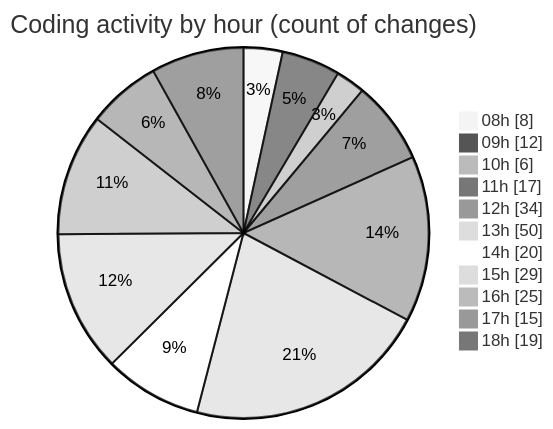
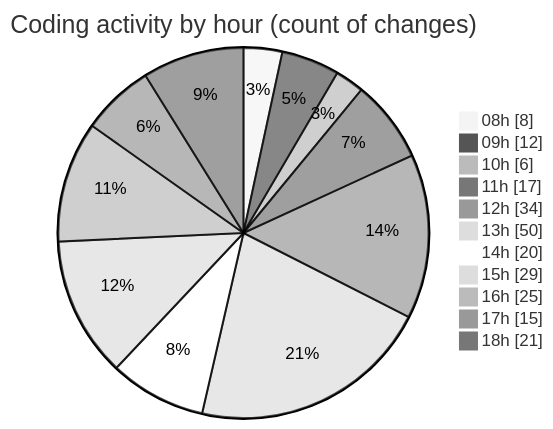
One commit to momahboobian/code-tracking changed the second of 2 diagrams in 2025-09-15/cda/README.md. Above: the diagram before and after it, drawn with Mermaid (neutral theme). The commit also changed other lines of this file and 1 other file, not shown here.

````diff
--- a/2025-09-15/cda/README.md
+++ b/2025-09-15/cda/README.md
@@ -36,15 +36,15 @@
 ```mermaid
 pie showData
 title Coding activity by hour (count of changes)
 "08h" : 8
 "09h" : 12
 "10h" : 6
 "11h" : 17
 "12h" : 34
 "13h" : 50
 "14h" : 20
 "15h" : 29
 "16h" : 25
 "17h" : 15
-"18h" : 19
+"18h" : 21
 ```
````
